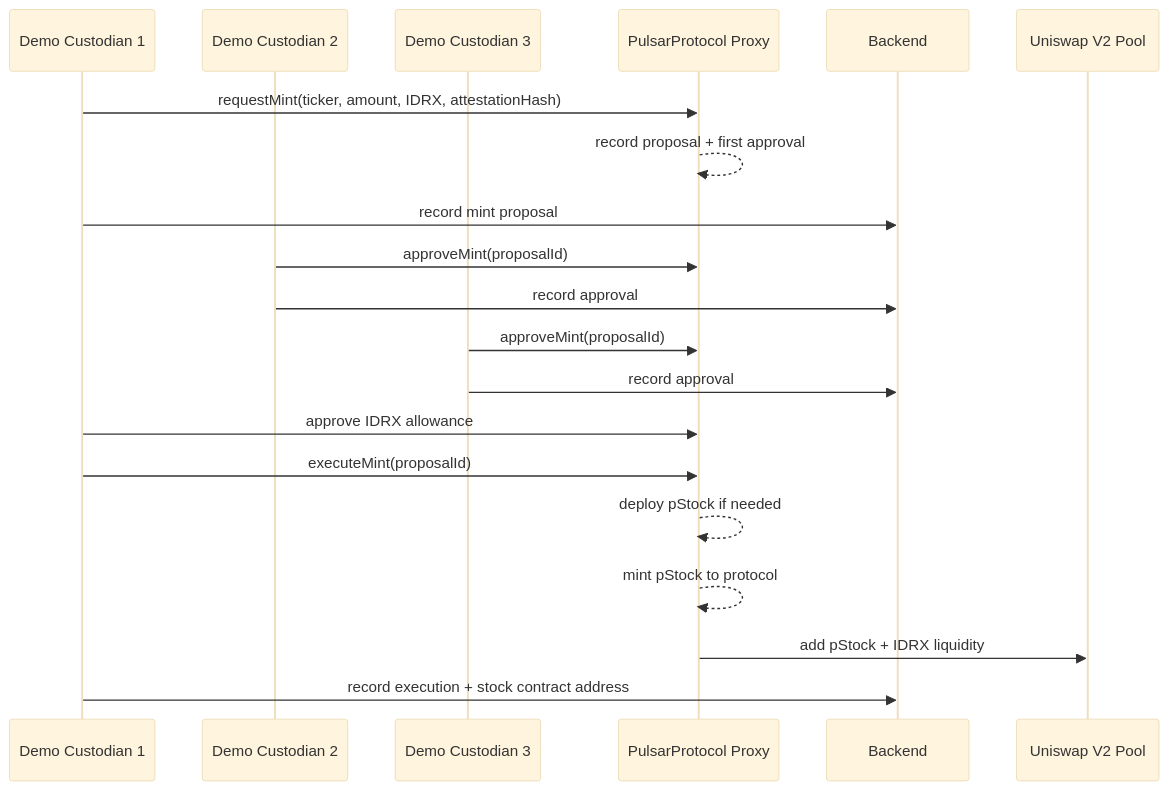
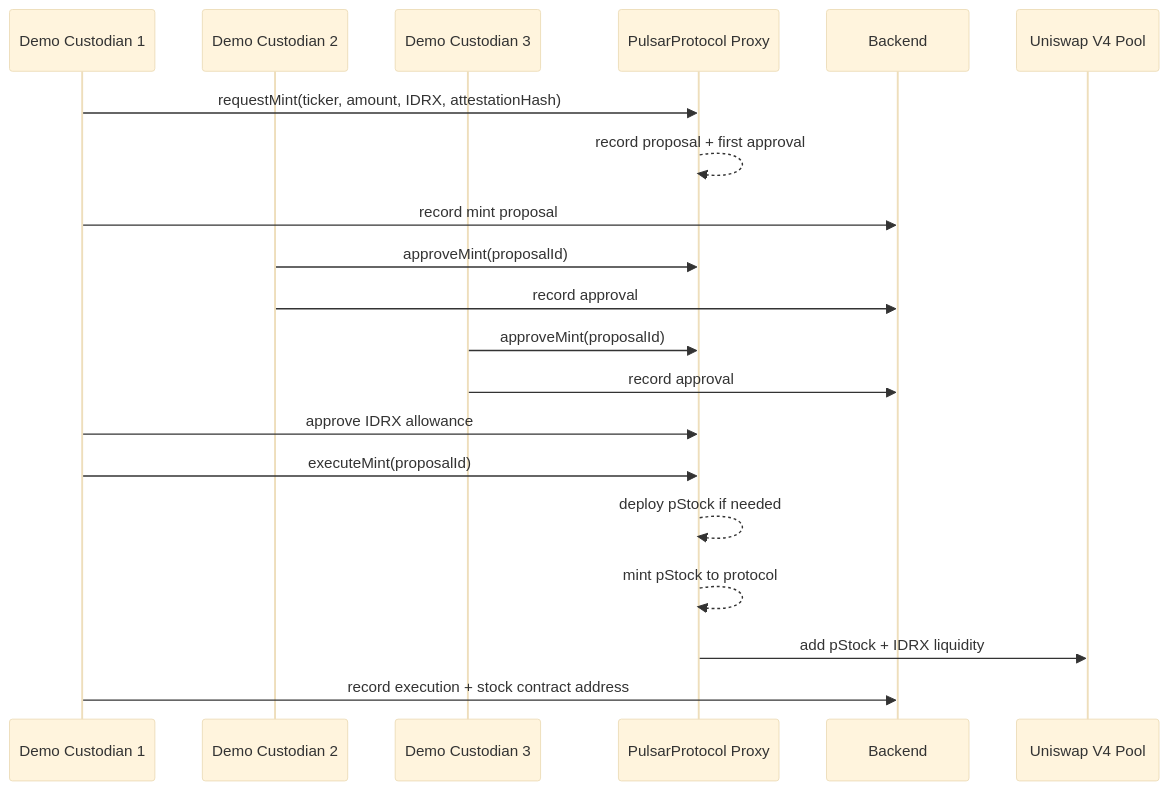
Before and after one commit to hafidluqman50/pulsarfi: the second of 5 diagrams in docs/content/judge-demo-access.md, drawn with Mermaid (base theme). The commit also changed 6 other files, not shown here.

````diff
--- a/docs/content/judge-demo-access.md
+++ b/docs/content/judge-demo-access.md
@@ -81,23 +81,23 @@
 ```mermaid
 sequenceDiagram
   participant C1 as Demo Custodian 1
   participant C2 as Demo Custodian 2
   participant C3 as Demo Custodian 3
   participant P as PulsarProtocol Proxy
   participant B as Backend
-  participant AMM as Uniswap V2 Pool
+  participant AMM as Uniswap V4 Pool
 
   C1->>P: requestMint(ticker, amount, IDRX, attestationHash)
   P-->>P: record proposal + first approval
   C1->>B: record mint proposal
   C2->>P: approveMint(proposalId)
   C2->>B: record approval
   C3->>P: approveMint(proposalId)
   C3->>B: record approval
   C1->>P: approve IDRX allowance
   C1->>P: executeMint(proposalId)
   P-->>P: deploy pStock if needed
   P-->>P: mint pStock to protocol
   P->>AMM: add pStock + IDRX liquidity
   C1->>B: record execution + stock contract address
 ```
````
